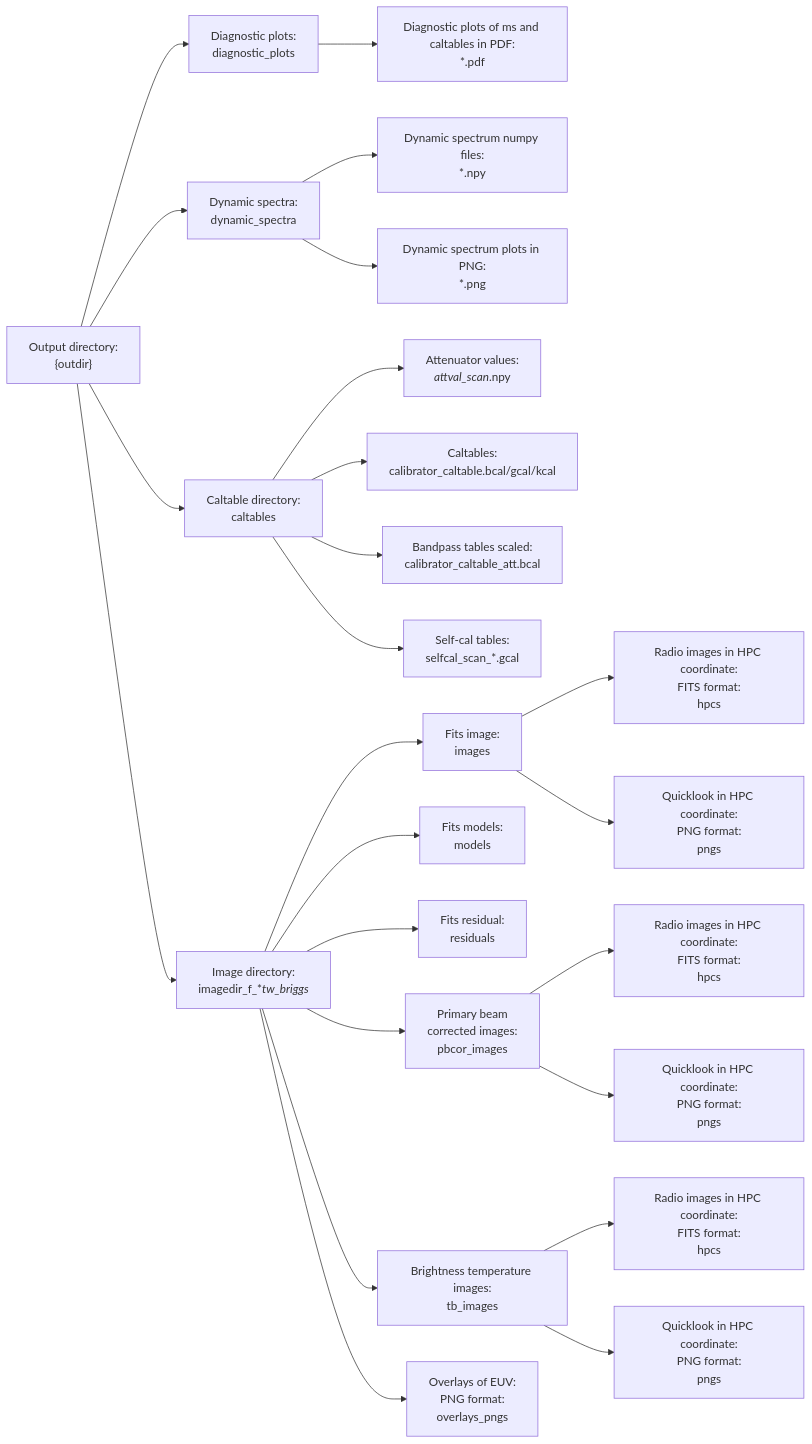
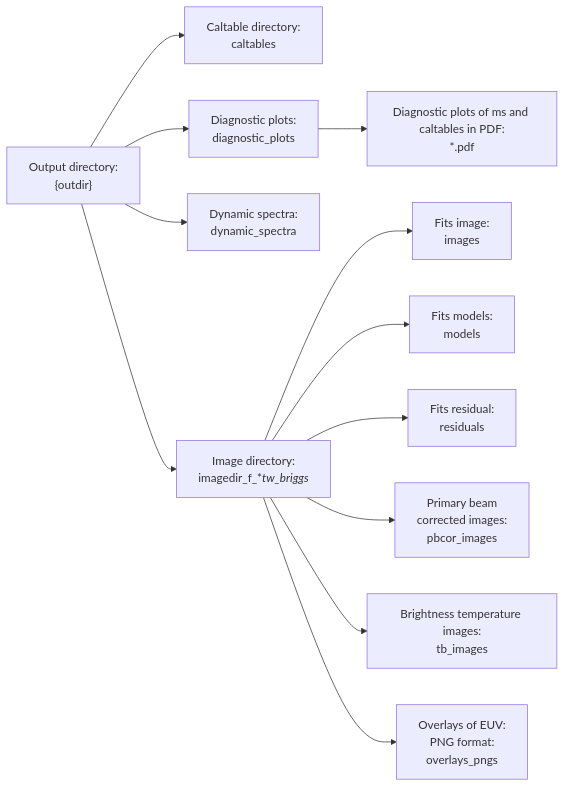
Before and after one commit to devojyoti96/P-AIRCARS: the second of 2 diagrams in docs/source/output.rst, drawn with Mermaid. The commit also changed other lines of this file and 6 other files, not shown here.

```diff
--- a/docs/source/output.rst
+++ b/docs/source/output.rst
@@ -49,26 +52,14 @@
    .. mermaid::
 
        graph LR
            WD["Output directory:<br>{outdir}"] --> CALTABLE["Caltable directory:<br>caltables"]
            WD --> DP["`Diagnostic plots:<br>diagnostic_plots`"]
            DP --> DPPDF["`Diagnostic plots of ms and caltables in PDF:<br>*.pdf`"]
            WD --> DS["`Dynamic spectra:<br>dynamic_spectra`"]
-           DS --> DSNPY["`Dynamic spectrum numpy files:<br>*.npy`"]
-           DS --> DSPNG["`Dynamic spectrum plots in PNG:<br>*.png`"]
            WD --> IMG["`Image directory:<br>imagedir_f_*_t_*_w_briggs_*`"]
-           CALTABLE --> ATT["`Attenuator values:<br>*_attval_scan_*.npy`"]
-           CALTABLE --> CTBL["`Caltables:<br>calibrator_caltable.bcal/gcal/kcal`"]
-           CALTABLE --> BPATT["`Bandpass tables scaled:<br>calibrator_caltable_att.bcal`"]
-           CALTABLE --> SCTBL["`Self-cal tables:<br>selfcal_scan_*.gcal`"]
            IMG --> IMAGE["Fits image:<br>images"]
            IMG --> MODEL["Fits models:<br>models"]
            IMG --> RES["Fits residual:<br>residuals"]
            IMG --> PBCOR["`Primary beam<br>corrected images:<br>pbcor_images`"]
            IMG --> TBIMG["`Brightness temperature images:<br>tb_images`"]
            IMG --> OVRPNG["Overlays of EUV:<br>PNG format:<br>overlays_pngs"]
-           IMAGE --> IMAGEHPC["Radio images in HPC coordinate:<br>FITS format:<br>hpcs"]
-           PBCOR --> PBCORHPC["Radio images in HPC coordinate:<br>FITS format:<br>hpcs"]
-           TBIMG --> TBIMGHPC["Radio images in HPC coordinate:<br>FITS format:<br>hpcs"]
-           IMAGE --> IMAGEPNG["Quicklook in HPC coordinate:<br>PNG format:<br>pngs"]
-           PBCOR --> PBCORPNG["Quicklook in HPC coordinate:<br>PNG format:<br>pngs"]
-           TBIMG --> TBIMGPNG["Quicklook in HPC coordinate:<br>PNG format:<br>pngs"]
```
